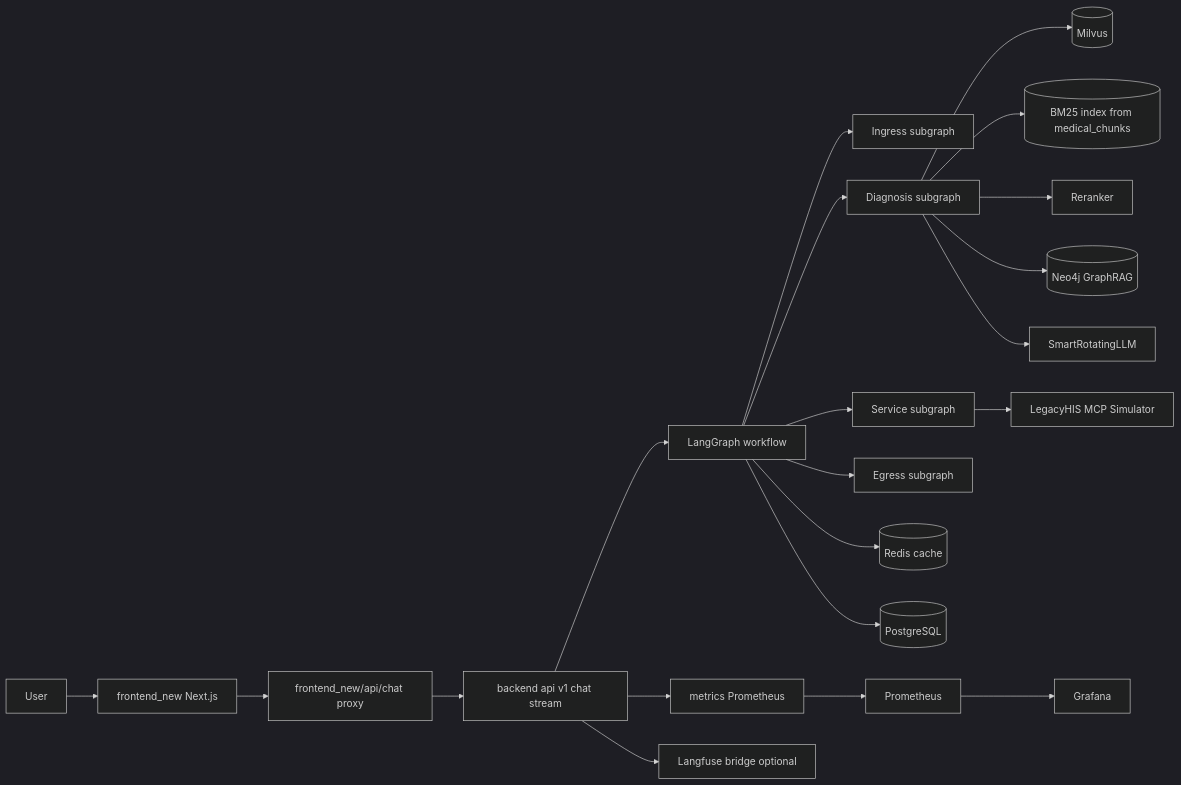
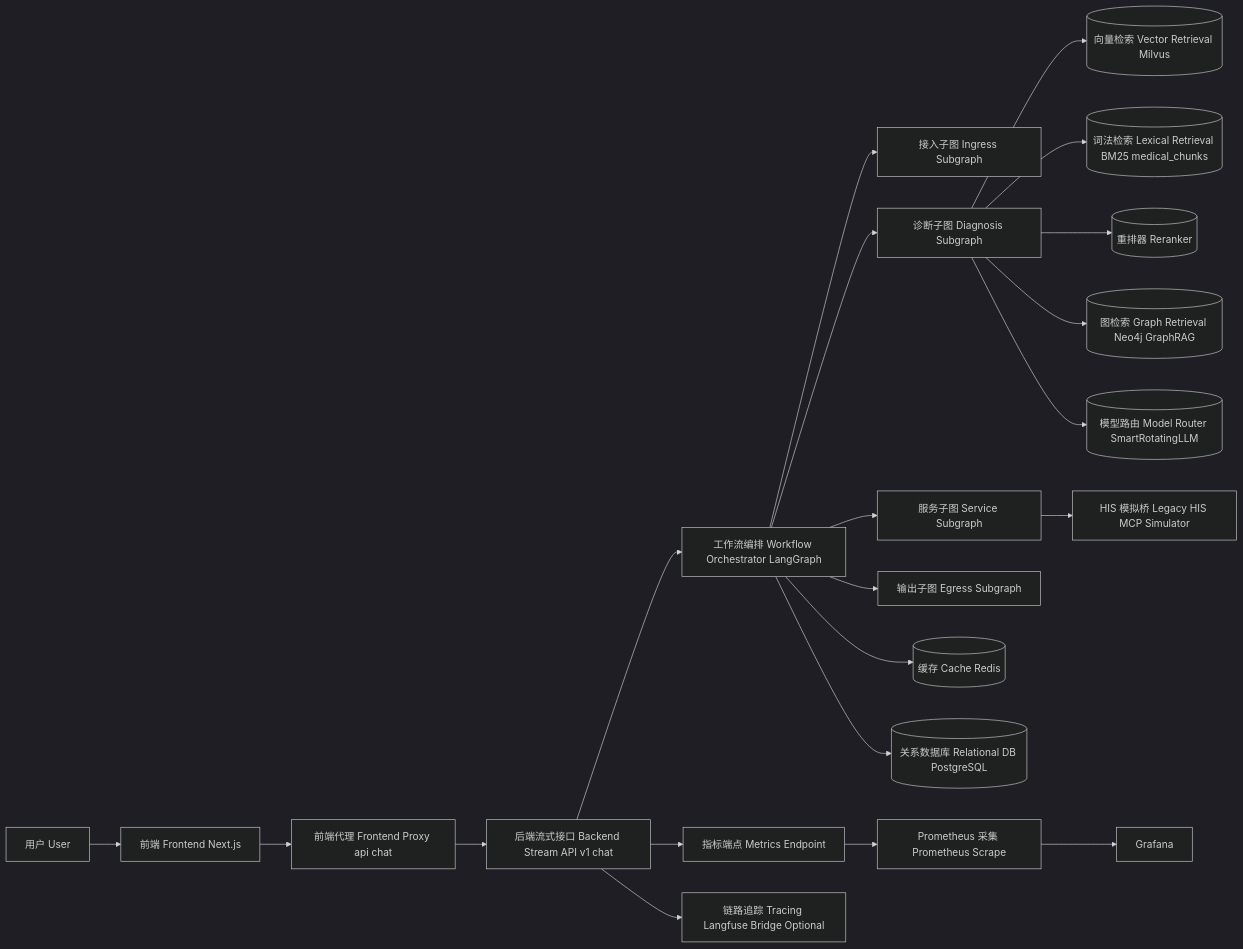
Before and after one commit to standbyme626/smart_hospital_agent: the first of 3 diagrams in README.md, drawn with Mermaid (dark theme). The commit also changed other lines of this file, not shown here.

Commit message:
docs: bilingualize all three Mermaid diagrams in README

````diff
--- a/README.md
+++ b/README.md
@@ -127,28 +127,28 @@
 ```mermaid
 graph LR
-    U[User] --> F[frontend_new Next.js]
-    F --> P[frontend_new/api/chat proxy]
-    P --> B[backend api v1 chat stream]
+    U[用户 User] --> F[前端 Frontend Next.js]
+    F --> P[前端代理 Frontend Proxy api chat]
+    P --> B[后端流式接口 Backend Stream API v1 chat]
 
-    B --> W[LangGraph workflow]
-    W --> I[Ingress subgraph]
-    W --> D[Diagnosis subgraph]
-    W --> S[Service subgraph]
-    W --> E[Egress subgraph]
-    W --> C[(Redis cache)]
-    W --> R[(PostgreSQL)]
+    B --> W[工作流编排 Workflow Orchestrator LangGraph]
+    W --> I[接入子图 Ingress Subgraph]
+    W --> D[诊断子图 Diagnosis Subgraph]
+    W --> S[服务子图 Service Subgraph]
+    W --> E[输出子图 Egress Subgraph]
+    W --> C[(缓存 Cache Redis)]
+    W --> R[(关系数据库 Relational DB PostgreSQL)]
 
-    D --> VS[(Milvus)]
-    D --> BM[(BM25 index from medical_chunks)]
-    D --> RR[Reranker]
-    D --> G[(Neo4j GraphRAG)]
-    D --> L[SmartRotatingLLM]
+    D --> VS[(向量检索 Vector Retrieval Milvus)]
+    D --> BM[(词法检索 Lexical Retrieval BM25 medical_chunks)]
+    D --> RR[(重排器 Reranker)]
+    D --> G[(图检索 Graph Retrieval Neo4j GraphRAG)]
+    D --> L[(模型路由 Model Router SmartRotatingLLM)]
 
-    S --> HIS[LegacyHIS MCP Simulator]
+    S --> HIS[HIS 模拟桥 Legacy HIS MCP Simulator]
 
-    B --> M[metrics Prometheus]
-    M --> PR[Prometheus]
+    B --> M[指标端点 Metrics Endpoint]
+    M --> PR[Prometheus 采集 Prometheus Scrape]
     PR --> GF[Grafana]
 
-    B --> LF[Langfuse bridge optional]
+    B --> LF[链路追踪 Tracing Langfuse Bridge Optional]
 ```
````
